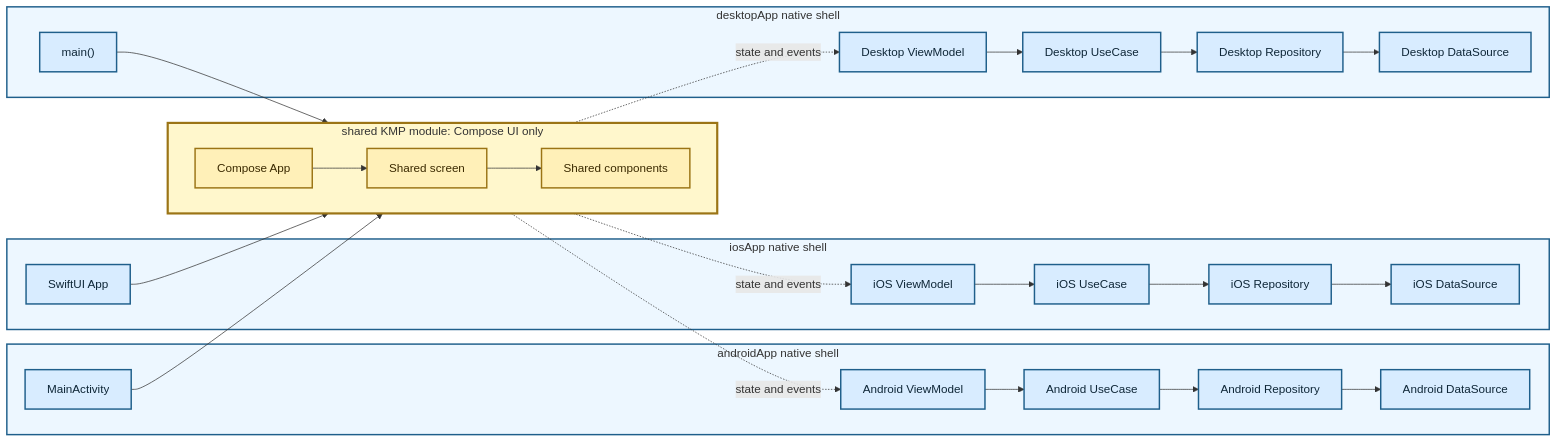
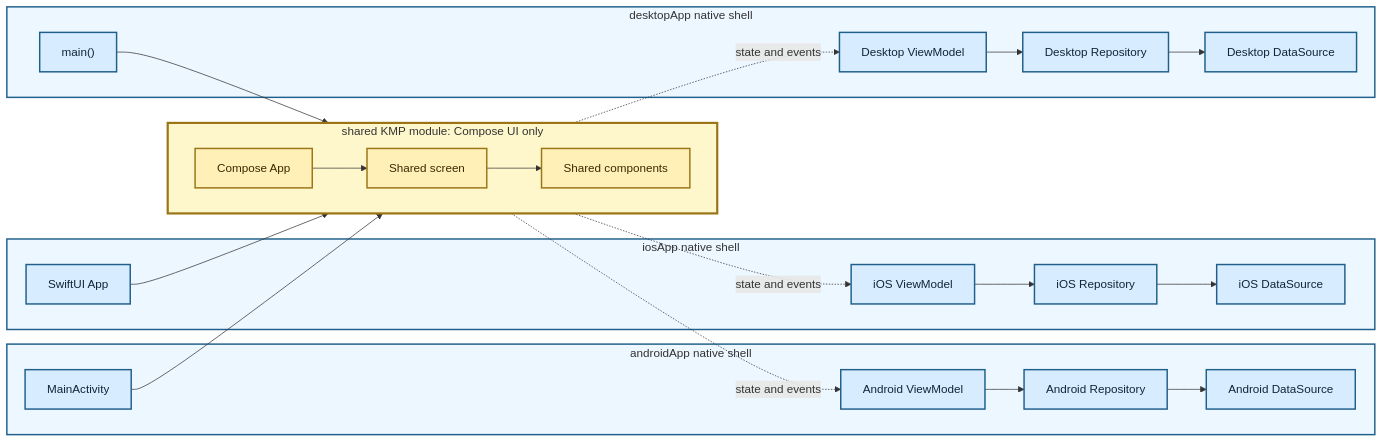
One commit to TheSetox/kmp-sample-diagrams changed the diagram in diagrams/03-kmp-compose-ui.md. Above: the diagram before and after it, drawn with Mermaid. The commit also changed other lines of this file and 28 other files, not shown here.

Commit message:
docs: reassess diagram layer boundaries

````diff
--- a/diagrams/03-kmp-compose-ui.md
+++ b/diagrams/03-kmp-compose-ui.md
@@ -5,53 +5,50 @@
 ```mermaid
 flowchart LR
   subgraph Android["androidApp native shell"]
     AEntry["MainActivity"]
     AVM["Android ViewModel"]
-    AUseCase["Android UseCase"]
     ARepository["Android Repository"]
     ADataSource["Android DataSource"]
-    AVM --> AUseCase --> ARepository --> ADataSource
+    AVM --> ARepository --> ADataSource
   end
 
   subgraph IOS["iosApp native shell"]
     IEntry["SwiftUI App"]
     IVM["iOS ViewModel"]
-    IUseCase["iOS UseCase"]
     IRepository["iOS Repository"]
     IDataSource["iOS DataSource"]
-    IVM --> IUseCase --> IRepository --> IDataSource
+    IVM --> IRepository --> IDataSource
   end
 
   subgraph Desktop["desktopApp native shell"]
     DEntry["main()"]
     DVM["Desktop ViewModel"]
-    DUseCase["Desktop UseCase"]
     DRepository["Desktop Repository"]
     DDataSource["Desktop DataSource"]
-    DVM --> DUseCase --> DRepository --> DDataSource
+    DVM --> DRepository --> DDataSource
   end
 
   subgraph KMP["shared KMP module: Compose UI only"]
     direction LR
     App["Compose App"]
     Screen["Shared screen"]
     Components["Shared components"]
     App --> Screen --> Components
   end
 
   AEntry --> App
   IEntry --> App
   DEntry --> App
   Screen -. "state and events" .-> AVM
   Screen -. "state and events" .-> IVM
   Screen -. "state and events" .-> DVM
 
   classDef app fill:#d8ecff,stroke:#1f5f8b,color:#0f2738,stroke-width:2px;
   classDef kmp fill:#fff0b8,stroke:#9b7415,color:#3b2a00,stroke-width:2px;
-  class AEntry,AVM,AUseCase,ARepository,ADataSource,IEntry,IVM,IUseCase,IRepository,IDataSource,DEntry,DVM,DUseCase,DRepository,DDataSource app;
+  class AEntry,AVM,ARepository,ADataSource,IEntry,IVM,IRepository,IDataSource,DEntry,DVM,DRepository,DDataSource app;
   class App,Screen,Components kmp;
   style Android fill:#edf7ff,stroke:#1f5f8b,stroke-width:2px
   style IOS fill:#edf7ff,stroke:#1f5f8b,stroke-width:2px
   style Desktop fill:#edf7ff,stroke:#1f5f8b,stroke-width:2px
   style KMP fill:#fff7cc,stroke:#9b7415,stroke-width:3px
 ```
````
